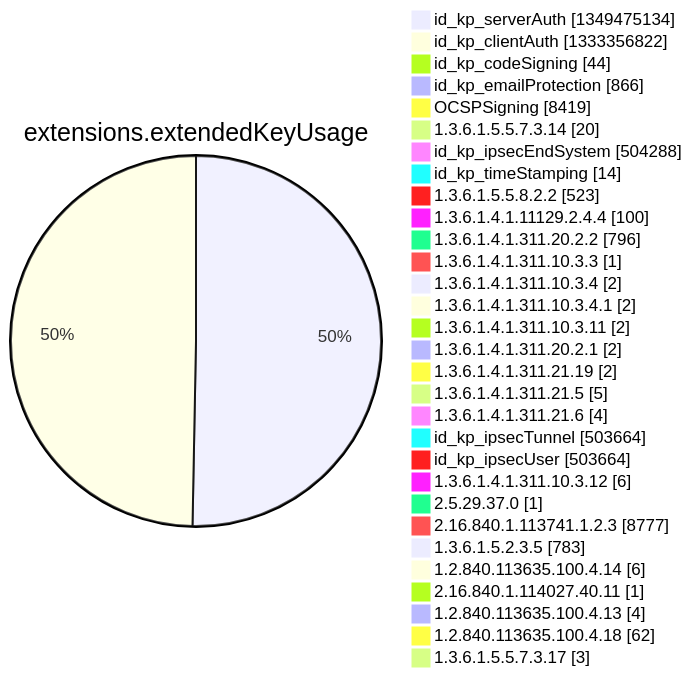
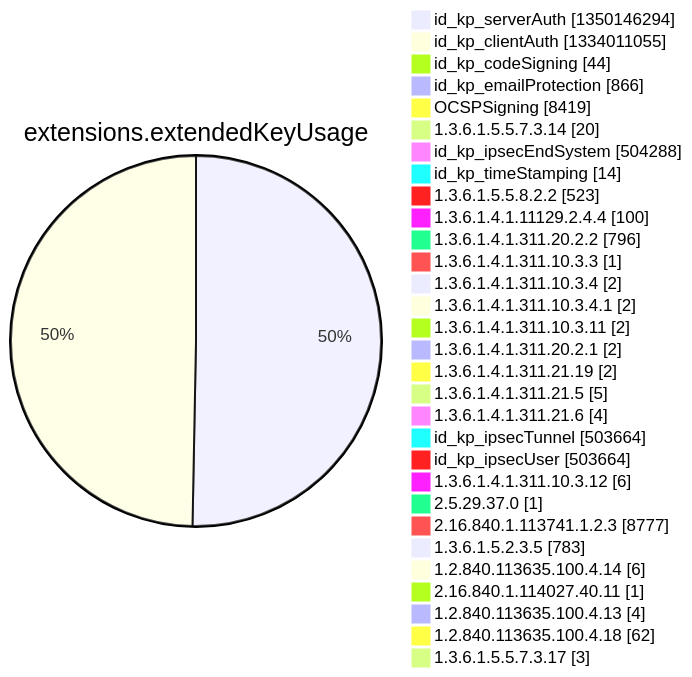
Before and after one commit to christiankrug/ctmonitor_visualization: diagram 12 of 15 in argon2022/README.md, drawn with Mermaid. The commit also changed other lines of this file, not shown here.

````diff
--- a/argon2022/README.md
+++ b/argon2022/README.md
@@ -3553,34 +3553,34 @@
 ```mermaid
 pie showData
 title extensions.extendedKeyUsage
-"id_kp_serverAuth" :1349475134
-"id_kp_clientAuth" :1333356822
+"id_kp_serverAuth" :1350146294
+"id_kp_clientAuth" :1334011055
 "id_kp_codeSigning" :44
 "id_kp_emailProtection" :866
 "OCSPSigning" :8419
 "1.3.6.1.5.5.7.3.14" :20
 "id_kp_ipsecEndSystem" :504288
 "id_kp_timeStamping" :14
 "1.3.6.1.5.5.8.2.2" :523
 "1.3.6.1.4.1.11129.2.4.4" :100
 "1.3.6.1.4.1.311.20.2.2" :796
 "1.3.6.1.4.1.311.10.3.3" :1
 "1.3.6.1.4.1.311.10.3.4" :2
 "1.3.6.1.4.1.311.10.3.4.1" :2
 "1.3.6.1.4.1.311.10.3.11" :2
 "1.3.6.1.4.1.311.20.2.1" :2
 "1.3.6.1.4.1.311.21.19" :2
 "1.3.6.1.4.1.311.21.5" :5
 "1.3.6.1.4.1.311.21.6" :4
 "id_kp_ipsecTunnel" :503664
 "id_kp_ipsecUser" :503664
 "1.3.6.1.4.1.311.10.3.12" :6
 "2.5.29.37.0" :1
 "2.16.840.1.113741.1.2.3" :8777
 "1.3.6.1.5.2.3.5" :783
 "1.2.840.113635.100.4.14" :6
 "2.16.840.1.114027.40.11" :1
 "1.2.840.113635.100.4.13" :4
 "1.2.840.113635.100.4.18" :62
 "1.3.6.1.5.5.7.3.17" :3
 ```
````
